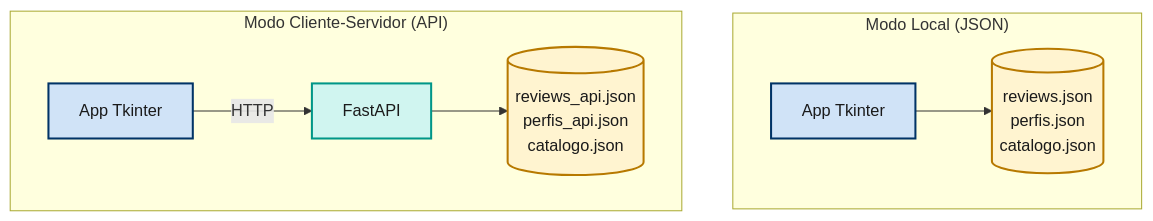
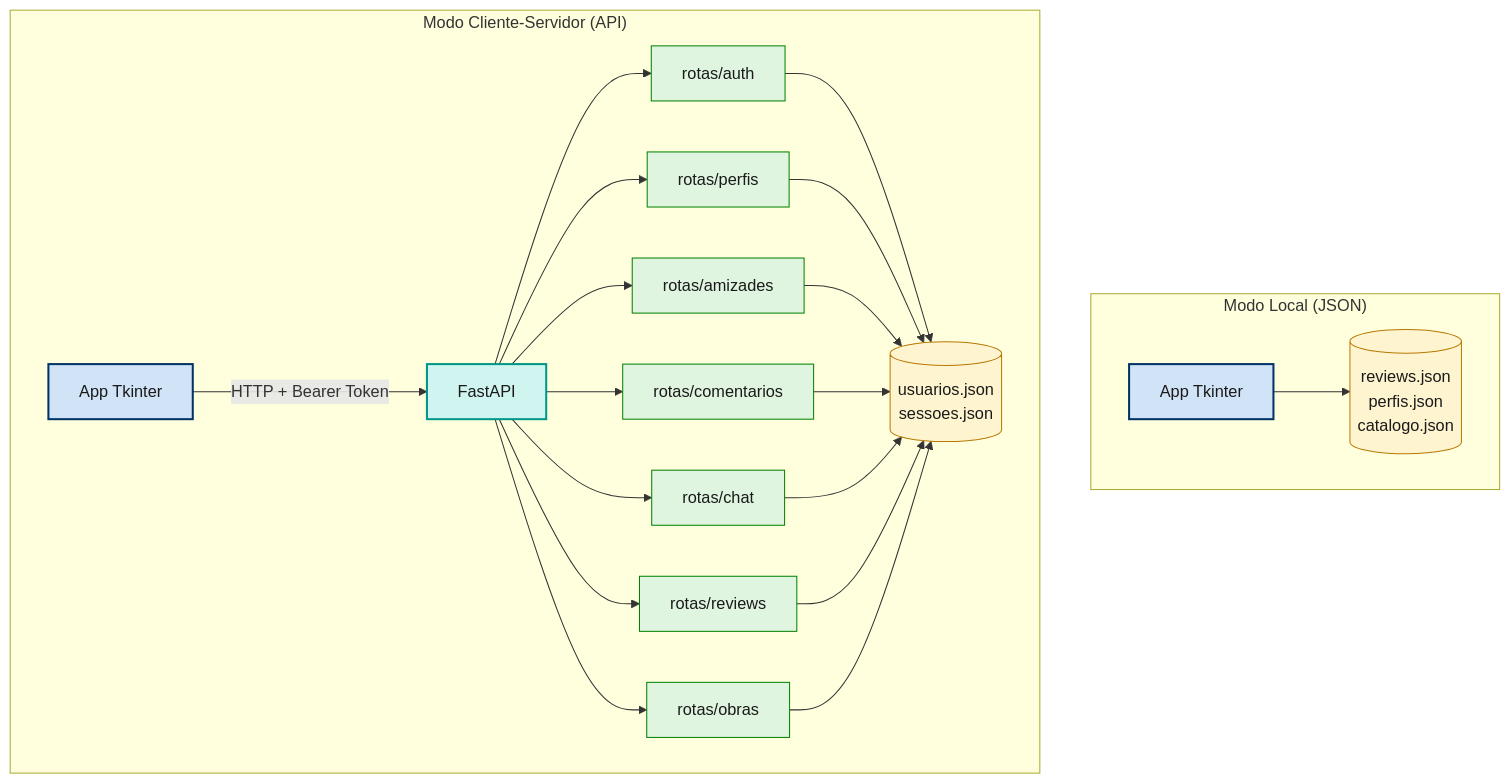
Before and after one commit to lordepeter/PDF_Reader: the second of 4 diagrams in README.md, drawn with Mermaid. The commit also changed other lines of this file, not shown here.

````diff
--- a/README.md
+++ b/README.md
@@ -94,17 +170,37 @@
 ```mermaid
 graph TB
     subgraph "Modo Local (JSON)"
         APP1[App Tkinter] --> JSON1[(reviews.json<br/>perfis.json<br/>catalogo.json)]
     end
 
     subgraph "Modo Cliente-Servidor (API)"
-        APP2[App Tkinter] -->|HTTP| API[FastAPI]
-        API --> JSON2[(reviews_api.json<br/>perfis_api.json<br/>catalogo.json)]
+        APP2[App Tkinter] -->|HTTP + Bearer Token| API[FastAPI]
+        API --> AUTHR[rotas/auth]
+        API --> PERFR[rotas/perfis]
+        API --> AMIGR[rotas/amizades]
+        API --> COMR[rotas/comentarios]
+        API --> CHATR[rotas/chat]
+        API --> REVR[rotas/reviews]
+        API --> CATR[rotas/obras]
+        AUTHR --> JSON2[(usuarios.json<br/>sessoes.json)]
+        PERFR --> JSON2
+        AMIGR --> JSON2
+        COMR --> JSON2
+        CHATR --> JSON2
+        REVR --> JSON2
+        CATR --> JSON2
     end
 
     style APP1 fill:#D0E3F7,stroke:#003366,stroke-width:2px,color:#1a1a1a
     style APP2 fill:#D0E3F7,stroke:#003366,stroke-width:2px,color:#1a1a1a
     style API fill:#D0F5F0,stroke:#009688,stroke-width:2px,color:#1a1a1a
-    style JSON1 fill:#FFF4D0,stroke:#B77900,stroke-width:2px,color:#1a1a1a
-    style JSON2 fill:#FFF4D0,stroke:#B77900,stroke-width:2px,color:#1a1a1a
+    style AUTHR fill:#E0F5E0,stroke:#008000,color:#1a1a1a
+    style PERFR fill:#E0F5E0,stroke:#008000,color:#1a1a1a
+    style AMIGR fill:#E0F5E0,stroke:#008000,color:#1a1a1a
+    style COMR fill:#E0F5E0,stroke:#008000,color:#1a1a1a
+    style CHATR fill:#E0F5E0,stroke:#008000,color:#1a1a1a
+    style REVR fill:#E0F5E0,stroke:#008000,color:#1a1a1a
+    style CATR fill:#E0F5E0,stroke:#008000,color:#1a1a1a
+    style JSON1 fill:#FFF4D0,stroke:#B77900,color:#1a1a1a
+    style JSON2 fill:#FFF4D0,stroke:#B77900,color:#1a1a1a
 ```
````
